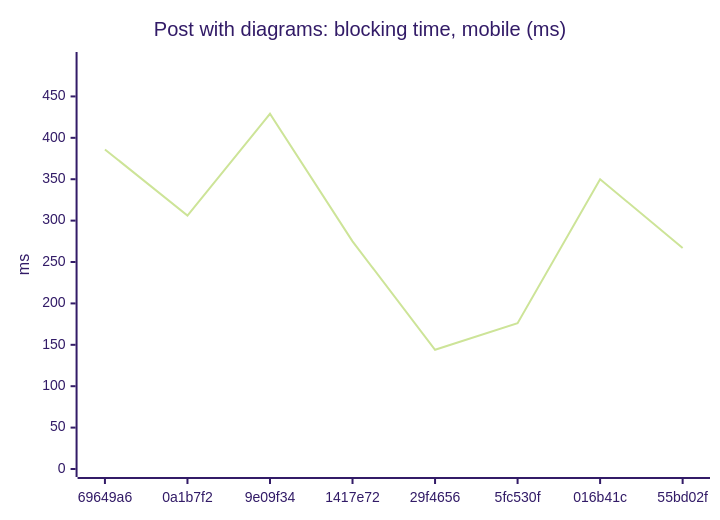
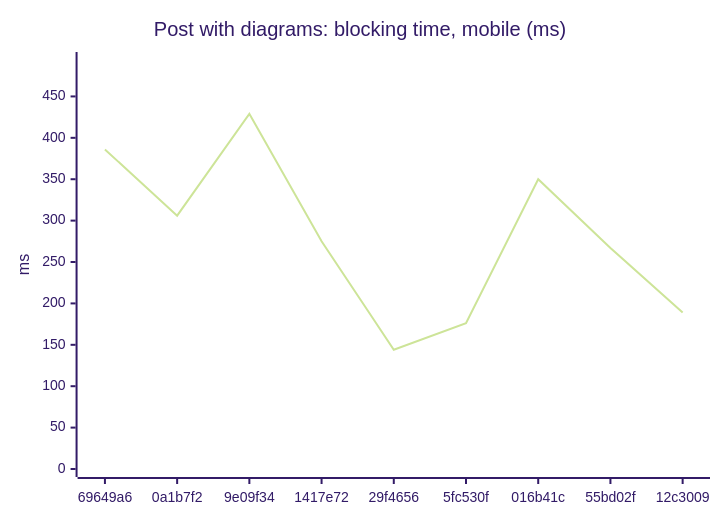
Diagram 16 of 18 in README.md (AxelUser/maltsev.space), drawn with Mermaid (forest theme) before and after one commit. The commit also changed other lines of this file and 1 other file, not shown here.

````diff
--- a/README.md
+++ b/README.md
@@ -169,7 +169,7 @@
 ```mermaid
 xychart-beta
   title "Post with diagrams: blocking time, mobile (ms)"
-  x-axis ["69649a6", "0a1b7f2", "9e09f34", "1417e72", "29f4656", "5fc530f", "016b41c", "55bd02f"]
+  x-axis ["69649a6", "0a1b7f2", "9e09f34", "1417e72", "29f4656", "5fc530f", "016b41c", "55bd02f", "12c3009"]
   y-axis "ms" 0 --> 494
-  line [386, 306, 429, 275, 144, 176, 350, 267]
+  line [386, 306, 429, 275, 144, 176, 350, 267, 189]
 ```
````
